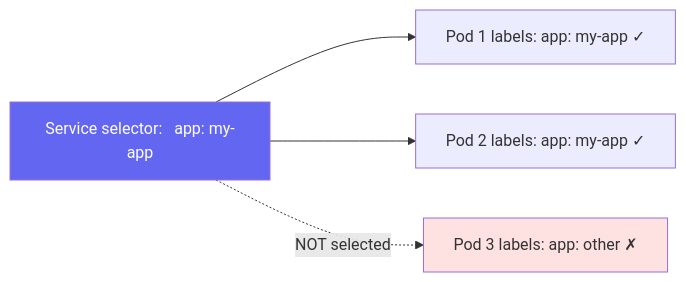
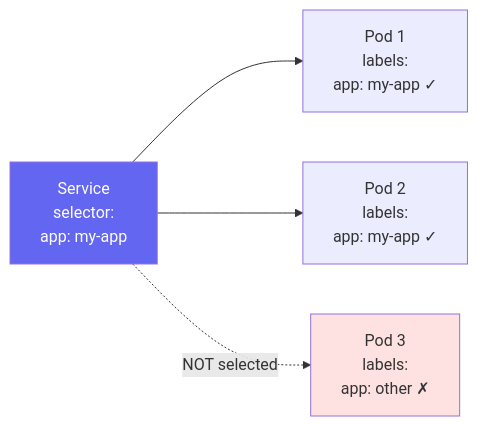
The tenth of 11 diagrams in 03_first_steps/03_pods_deployments_services.md (UncleJS/course_k3s), drawn with Mermaid before and after one commit. The commit also changed other lines of this file and 45 other files, not shown here.

First line of the commit message:
Expand all course lessons: Mermaid diagrams + rich prose across 43 files

````diff
--- a/03_first_steps/03_pods_deployments_services.md
+++ b/03_first_steps/03_pods_deployments_services.md
@@ -339,13 +559,14 @@
 ```mermaid
 flowchart LR
-    SVC["Service selector:   app: my-app"]
-    P1["Pod 1 labels:   app: my-app ✓"]
-    P2["Pod 2 labels:   app: my-app ✓"]
-    P3["Pod 3 labels:   app: other ✗"]
+    SVC["Service<br/>selector:<br/>  app: my-app"]
+    P1["Pod 1<br/>labels:<br/>  app: my-app ✓"]
+    P2["Pod 2<br/>labels:<br/>  app: my-app ✓"]
+    P3["Pod 3<br/>labels:<br/>  app: other ✗"]
 
-    SVC --> P1 & P2
+    SVC --> P1
+    SVC --> P2
     SVC -.->|"NOT selected"| P3
 
     style P3 fill:#fee2e2
     style SVC fill:#6366f1,color:#fff
 ```
````
